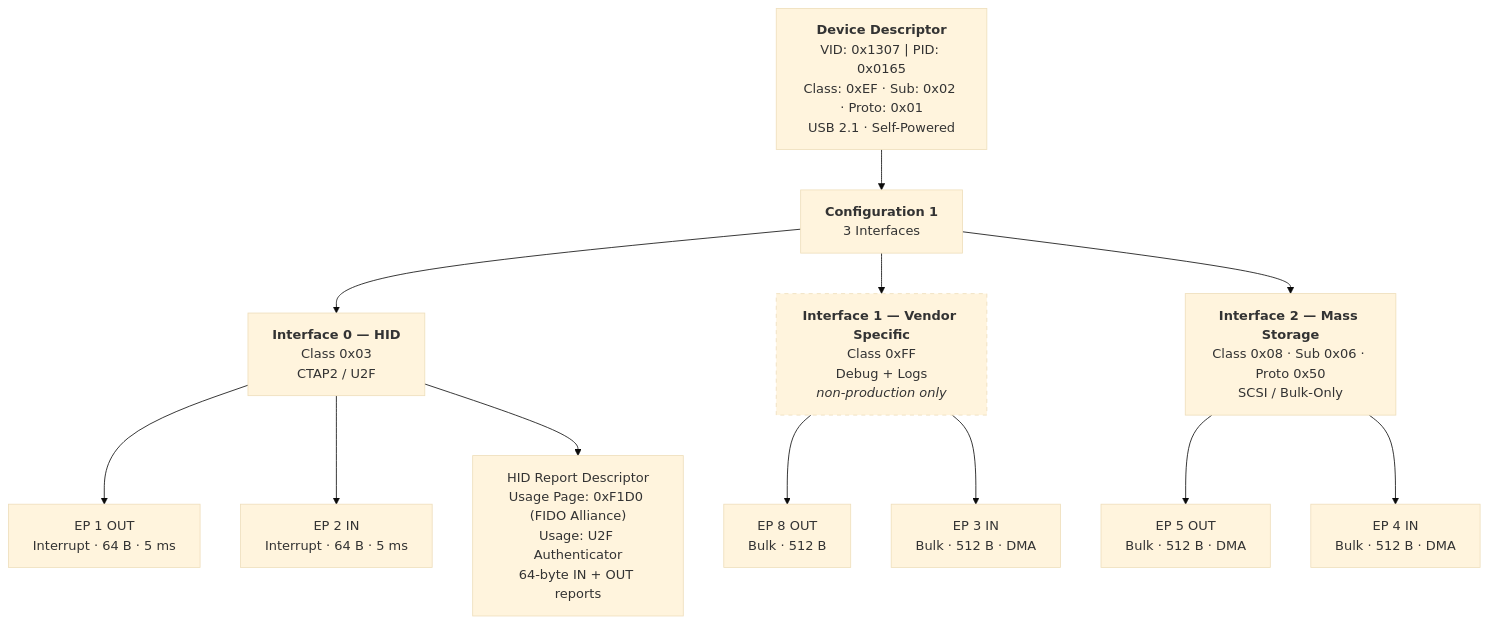
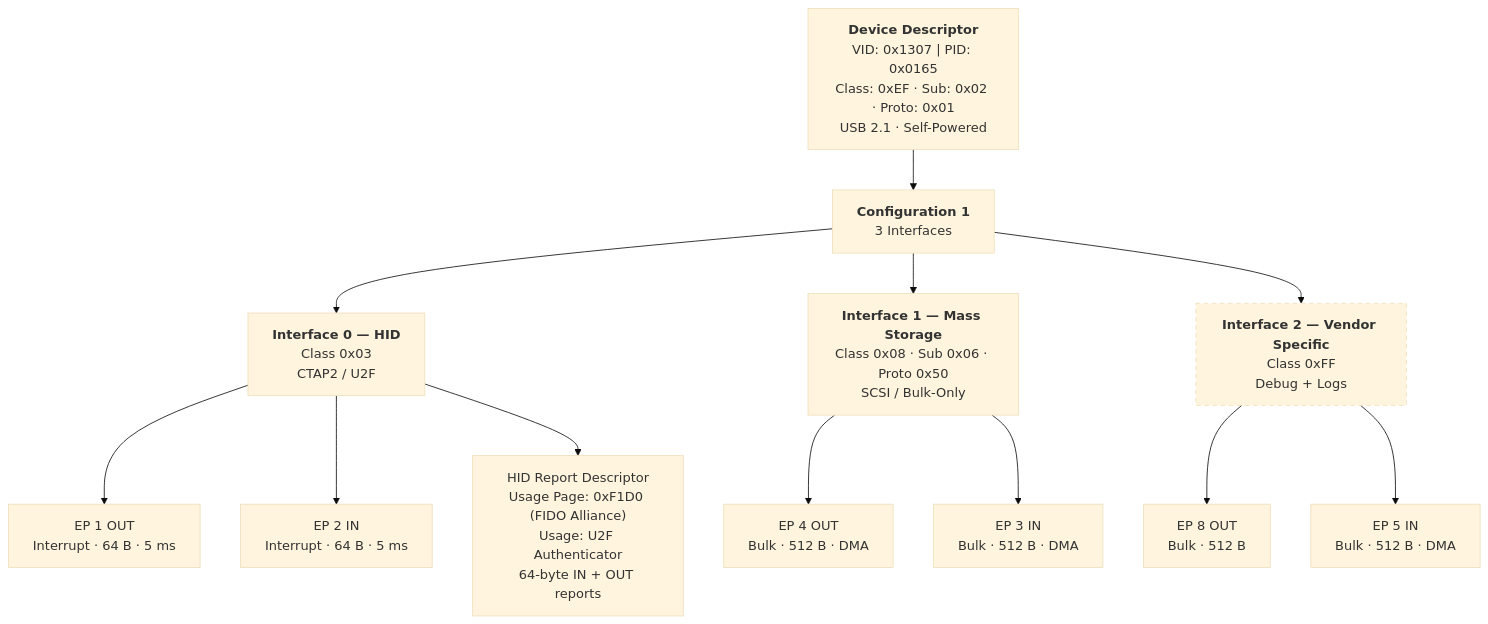
Before and after one commit to Foundation-Devices/KeyOS: the first of 4 diagrams in docs/usb-architecture.md, drawn with Mermaid (base theme). The commit also changed other lines of this file and 70 other files, not shown here.

````diff
--- a/docs/usb-architecture.md
+++ b/docs/usb-architecture.md
@@ -20,35 +25,35 @@
 ```mermaid
 graph TD
     DEV["<b>Device Descriptor</b><br/>VID: 0x1307 | PID: 0x0165<br/>Class: 0xEF · Sub: 0x02 · Proto: 0x01<br/>USB 2.1 · Self-Powered"]
     CFG["<b>Configuration 1</b><br/>3 Interfaces"]
 
     DEV --> CFG
 
     IF0["<b>Interface 0 — HID</b><br/>Class 0x03<br/>CTAP2 / U2F"]
-    IF1["<b>Interface 1 — Vendor Specific</b><br/>Class 0xFF<br/>Debug + Logs<br/><i>non-production only</i>"]
-    IF2["<b>Interface 2 — Mass Storage</b><br/>Class 0x08 · Sub 0x06 · Proto 0x50<br/>SCSI / Bulk-Only"]
+    IF1["<b>Interface 1 — Mass Storage</b><br/>Class 0x08 · Sub 0x06 · Proto 0x50<br/>SCSI / Bulk-Only"]
+    IF2["<b>Interface 2 — Vendor Specific</b><br/>Class 0xFF<br/>Debug + Logs"]
 
     CFG --> IF0
     CFG --> IF1
     CFG --> IF2
 
     EP1O["EP 1 OUT<br/>Interrupt · 64 B · 5 ms"]
     EP2I["EP 2 IN<br/>Interrupt · 64 B · 5 ms"]
     IF0 --> EP1O
     IF0 --> EP2I
 
     HID["HID Report Descriptor<br/>Usage Page: 0xF1D0 (FIDO Alliance)<br/>Usage: U2F Authenticator<br/>64-byte IN + OUT reports"]
     IF0 --> HID
 
-    EP8O["EP 8 OUT<br/>Bulk · 512 B"]
+    EP4O["EP 4 OUT<br/>Bulk · 512 B · DMA"]
     EP3I["EP 3 IN<br/>Bulk · 512 B · DMA"]
-    IF1 --> EP8O
+    IF1 --> EP4O
     IF1 --> EP3I
 
-    EP5O["EP 5 OUT<br/>Bulk · 512 B · DMA"]
-    EP4I["EP 4 IN<br/>Bulk · 512 B · DMA"]
-    IF2 --> EP5O
-    IF2 --> EP4I
+    EP8O["EP 8 OUT<br/>Bulk · 512 B"]
+    EP5I["EP 5 IN<br/>Bulk · 512 B · DMA"]
+    IF2 --> EP8O
+    IF2 --> EP5I
 
-    style IF1 stroke-dasharray: 5 5
+    style IF2 stroke-dasharray: 5 5
 ```
````
